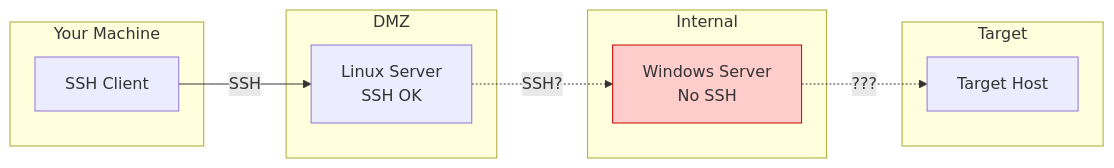
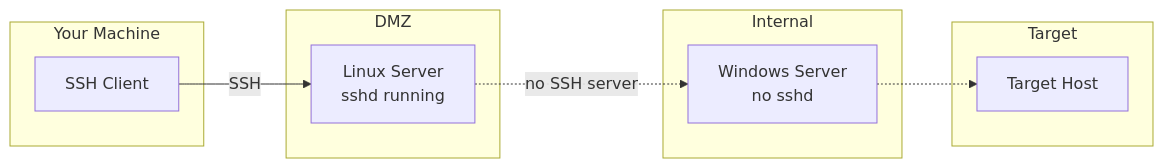
The third of 4 diagrams in docs/docs/comparisons/vs-ssh-jump.md (Muti-Metroo/Muti-Metroo), drawn with Mermaid before and after one commit. The commit also changed other lines of this file and 156 other files, not shown here.

````diff
--- a/docs/docs/comparisons/vs-ssh-jump.md
+++ b/docs/docs/comparisons/vs-ssh-jump.md
@@ -185,24 +160,22 @@
 ```mermaid
 flowchart LR
     subgraph Your Machine
         Client[SSH Client]
     end
 
     subgraph DMZ
-        Linux[Linux Server<br/>SSH OK]
+        Linux[Linux Server<br/>sshd running]
     end
 
     subgraph Internal
-        Windows[Windows Server<br/>No SSH]
+        Windows[Windows Server<br/>no sshd]
     end
 
     subgraph Target
         Final[Target Host]
     end
 
     Client -->|SSH| Linux
-    Linux -.->|"SSH?"| Windows
-    Windows -.->|"???"| Final
-
-    style Windows fill:#ffcccc,stroke:#cc0000
+    Linux -.->|"no SSH server"| Windows
+    Windows -.-> Final
 ```
````
